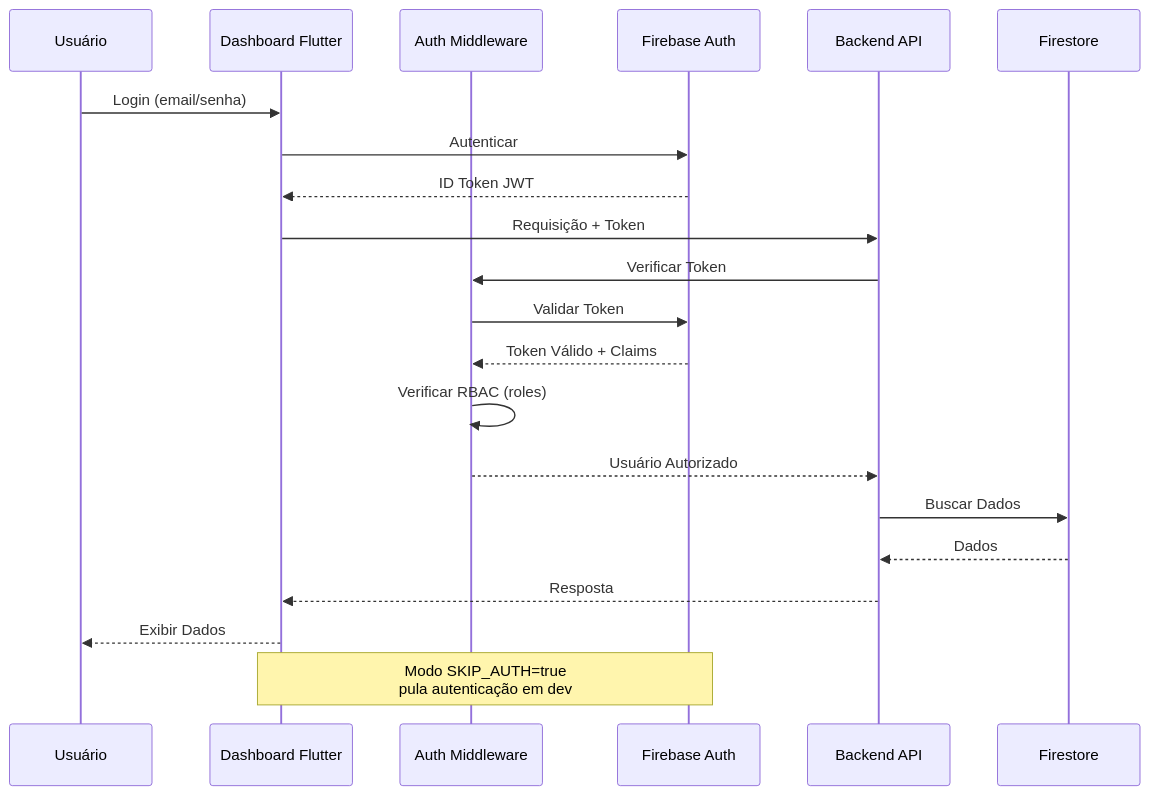
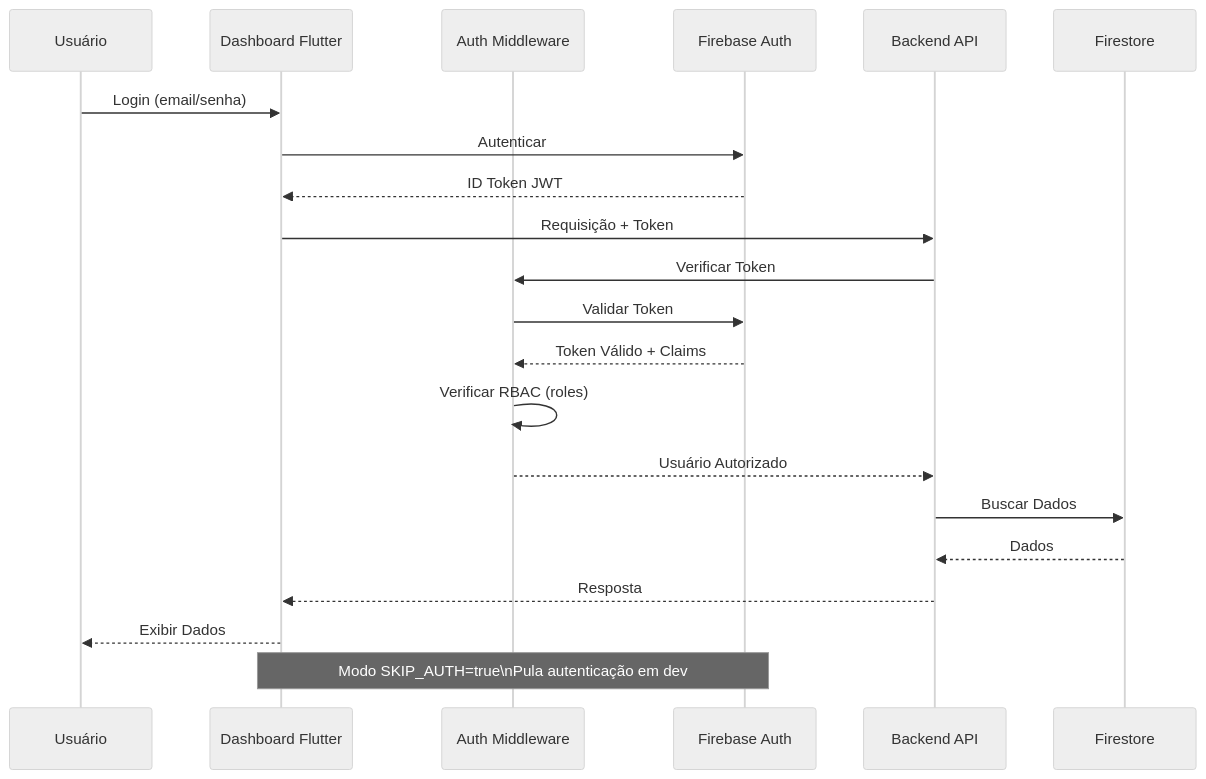
The third of 6 diagrams in README.md (Hinten/fiap_gs2), drawn with Mermaid before and after one commit. The commit also changed other lines of this file, not shown here.

Commit message:
fix: update mermaid diagram styles for better readability in README

````diff
--- a/README.md
+++ b/README.md
@@ -284,25 +286,26 @@
 ```mermaid
+%%{init: {'theme':'neutral','themeVariables': { 'primaryTextColor': '#222','secondaryTextColor': '#222','tertiaryTextColor': '#222','lineColor':'#444','fontSize':'13px'}} }%%
 sequenceDiagram
     participant U as Usuário
     participant D as Dashboard Flutter
     participant A as Auth Middleware
     participant FA as Firebase Auth
     participant API as Backend API
     participant FS as Firestore
     
     U->>D: Login (email/senha)
     D->>FA: Autenticar
     FA-->>D: ID Token JWT
     D->>API: Requisição + Token
     API->>A: Verificar Token
     A->>FA: Validar Token
     FA-->>A: Token Válido + Claims
     A->>A: Verificar RBAC (roles)
     A-->>API: Usuário Autorizado
     API->>FS: Buscar Dados
     FS-->>API: Dados
     API-->>D: Resposta
     D-->>U: Exibir Dados
     
-    Note over D,FA: Modo SKIP_AUTH=true<br/>pula autenticação em dev
+    Note over D,FA: Modo SKIP_AUTH=true\nPula autenticação em dev
 ```
````
